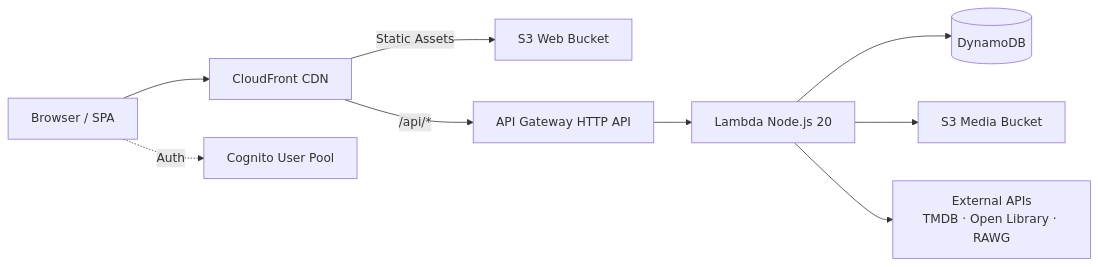
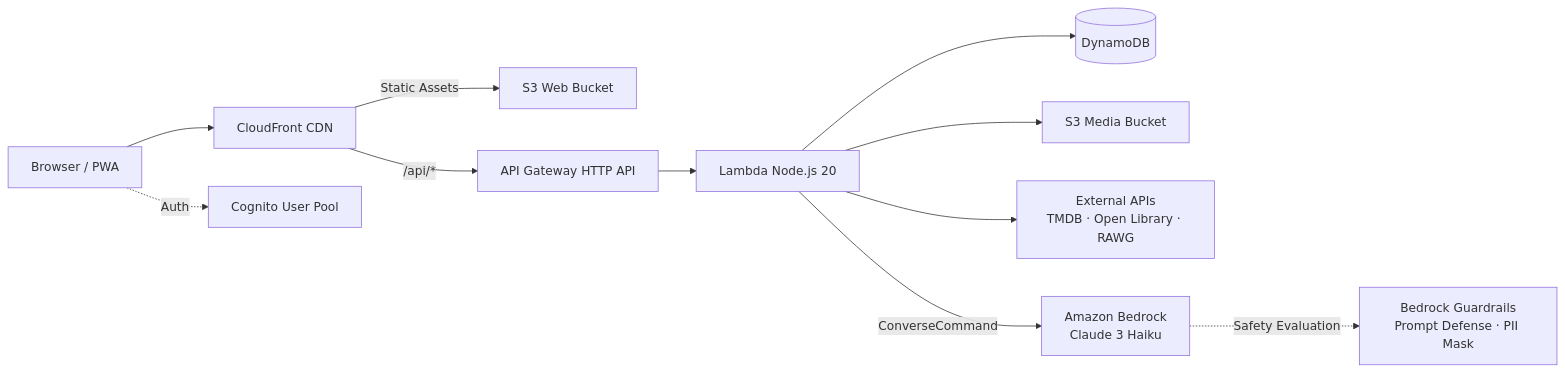
The diagram in README.md (pjpangilinan/deony), drawn with Mermaid before and after one commit. The commit also changed other lines of this file and 4 other files, not shown here.

Commit message:
docs: update README with Deonysus Bedrock architecture, guardrails, and screenshots

````diff
--- a/README.md
+++ b/README.md
@@ -13,11 +33,13 @@
 ```mermaid
 graph LR
-    Client[Browser / SPA] --> CF[CloudFront CDN]
+    Client[Browser / PWA] --> CF[CloudFront CDN]
     CF -->|Static Assets| S3[S3 Web Bucket]
     CF -->|/api/*| APIGW[API Gateway HTTP API]
     APIGW --> Lambda[Lambda Node.js 20]
     Lambda --> DDB[(DynamoDB)]
     Lambda --> S3Media[S3 Media Bucket]
     Lambda --> Providers[External APIs<br/>TMDB · Open Library · RAWG]
+    Lambda -->|ConverseCommand| Bedrock[Amazon Bedrock<br/>Claude 3 Haiku]
+    Bedrock -.->|Safety Evaluation| Guardrails[Bedrock Guardrails<br/>Prompt Defense · PII Mask]
     Client -.->|Auth| Cognito[Cognito User Pool]
 ```
````
